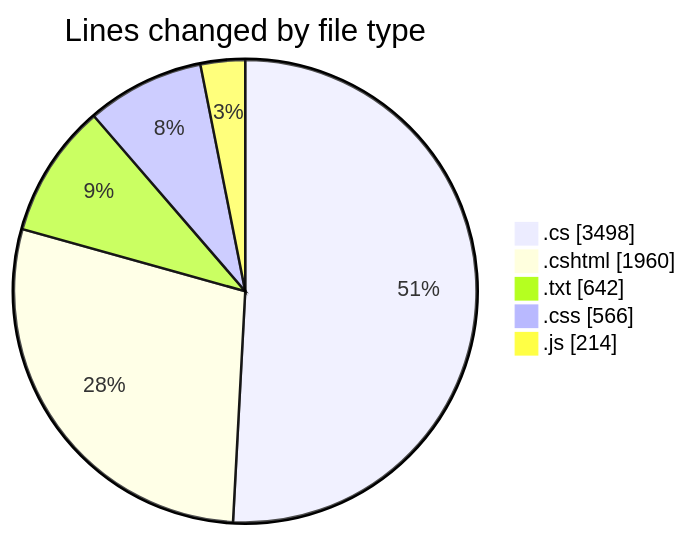
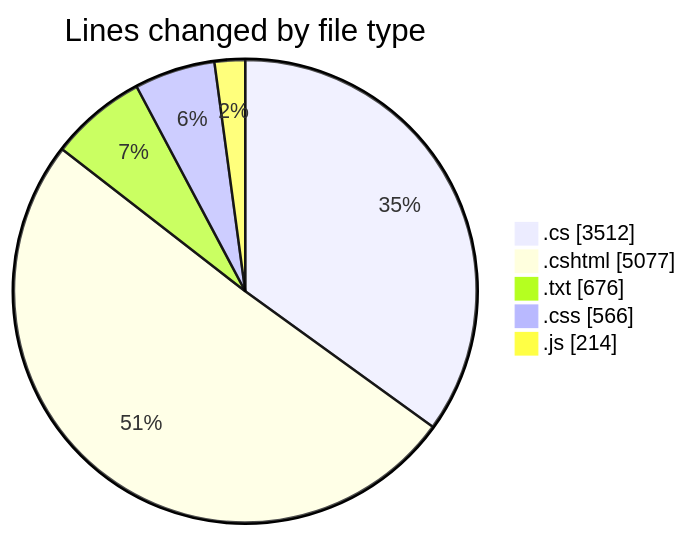
Before and after one commit to lephambinh05/code-tracking: the first of 2 diagrams in 2025-07-28/quanlyrapchieuphim-1/README.md, drawn with Mermaid. The commit also changed other lines of this file and 1 other file, not shown here.

````diff
--- a/2025-07-28/quanlyrapchieuphim-1/README.md
+++ b/2025-07-28/quanlyrapchieuphim-1/README.md
@@ -37,9 +41,9 @@
 ```mermaid
 pie showData
 title Lines changed by file type
-".cs" : 3498
-".cshtml" : 1960
-".txt" : 642
+".cs" : 3512
+".cshtml" : 5077
+".txt" : 676
 ".css" : 566
 ".js" : 214
 ```
````
